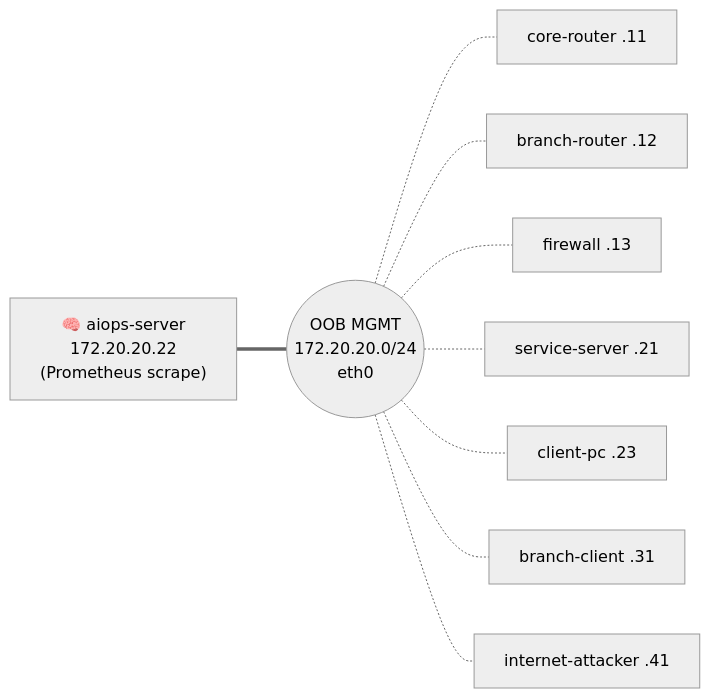
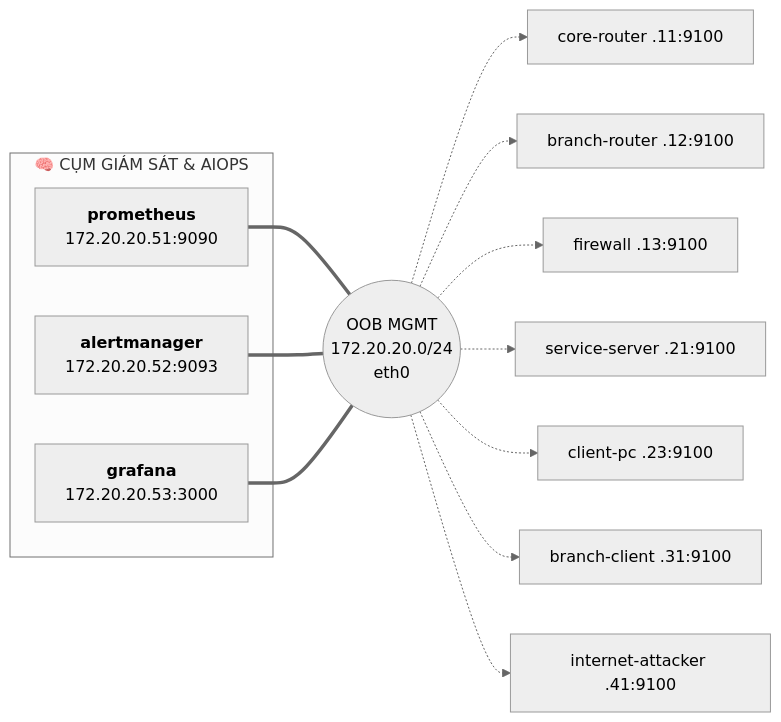
The second of 2 diagrams in docs/network-design.md (DucLoc29/AIOpsProject), drawn with Mermaid (neutral theme) before and after one commit. The commit also changed other lines of this file and 10 other files, not shown here.

Commit message:
Phase 2: Add Prometheus, Alertmanager, and Grafana monitoring pipeline

````diff
--- a/docs/network-design.md
+++ b/docs/network-design.md
@@ -46,13 +44,22 @@
 ```mermaid
 flowchart LR
-    AI["🧠 aiops-server<br/>172.20.20.22<br/>(Prometheus scrape)"]
+    subgraph OOB_CLUSTER["🧠 CỤM GIÁM SÁT & AIOPS"]
+        PROM["<b>prometheus</b><br/>172.20.20.51:9090"]
+        AM["<b>alertmanager</b><br/>172.20.20.52:9093"]
+        GRAF["<b>grafana</b><br/>172.20.20.53:3000"]
+    end
+
     M(("OOB MGMT<br/>172.20.20.0/24<br/>eth0"))
-    AI === M
-    M -.- CR["core-router .11"]
-    M -.- BR["branch-router .12"]
-    M -.- FW["firewall .13"]
-    M -.- SS["service-server .21"]
-    M -.- PC["client-pc .23"]
-    M -.- BC["branch-client .31"]
-    M -.- ATK["internet-attacker .41"]
+
+    PROM === M
+    AM === M
+    GRAF === M
+
+    M -.-> CR["core-router .11:9100"]
+    M -.-> BR["branch-router .12:9100"]
+    M -.-> FW["firewall .13:9100"]
+    M -.-> SS["service-server .21:9100"]
+    M -.-> PC["client-pc .23:9100"]
+    M -.-> BC["branch-client .31:9100"]
+    M -.-> ATK["internet-attacker .41:9100"]
 ```
````
